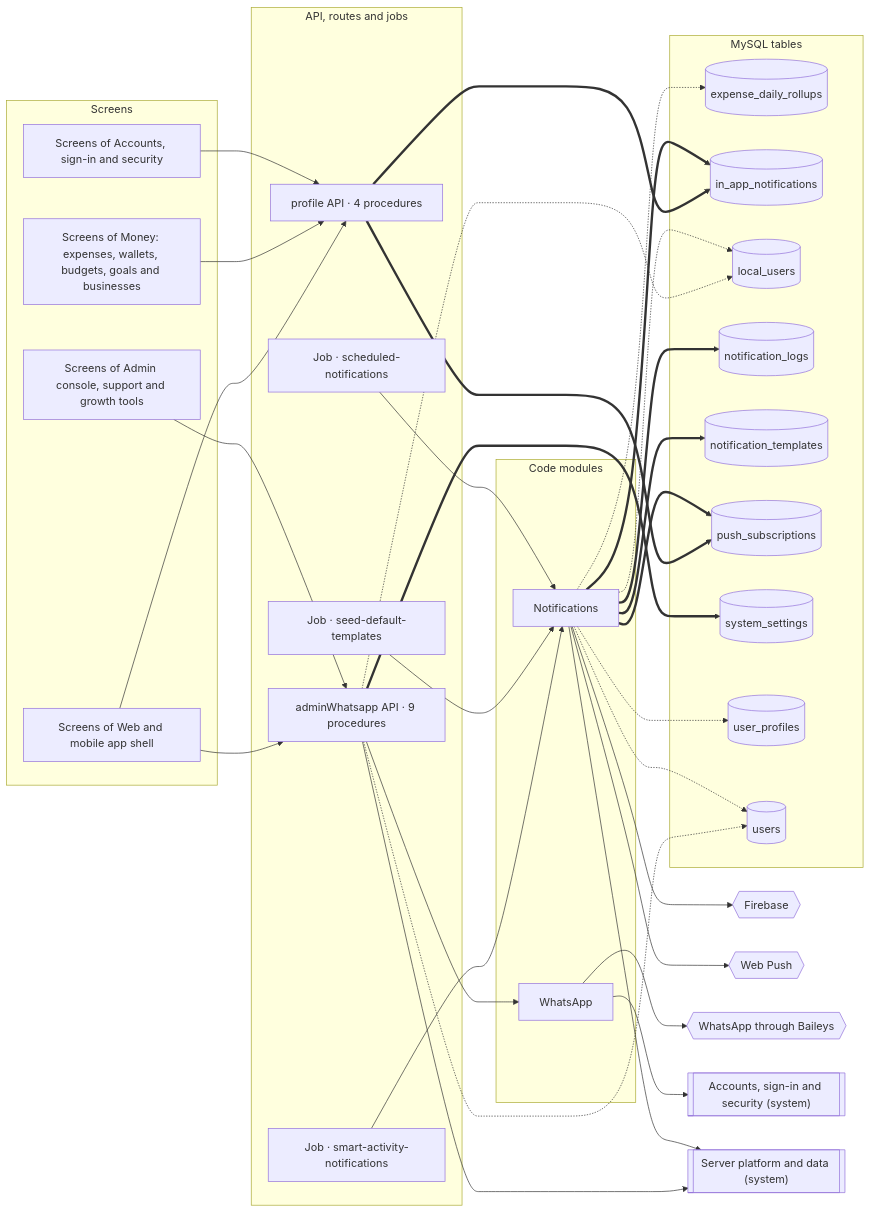
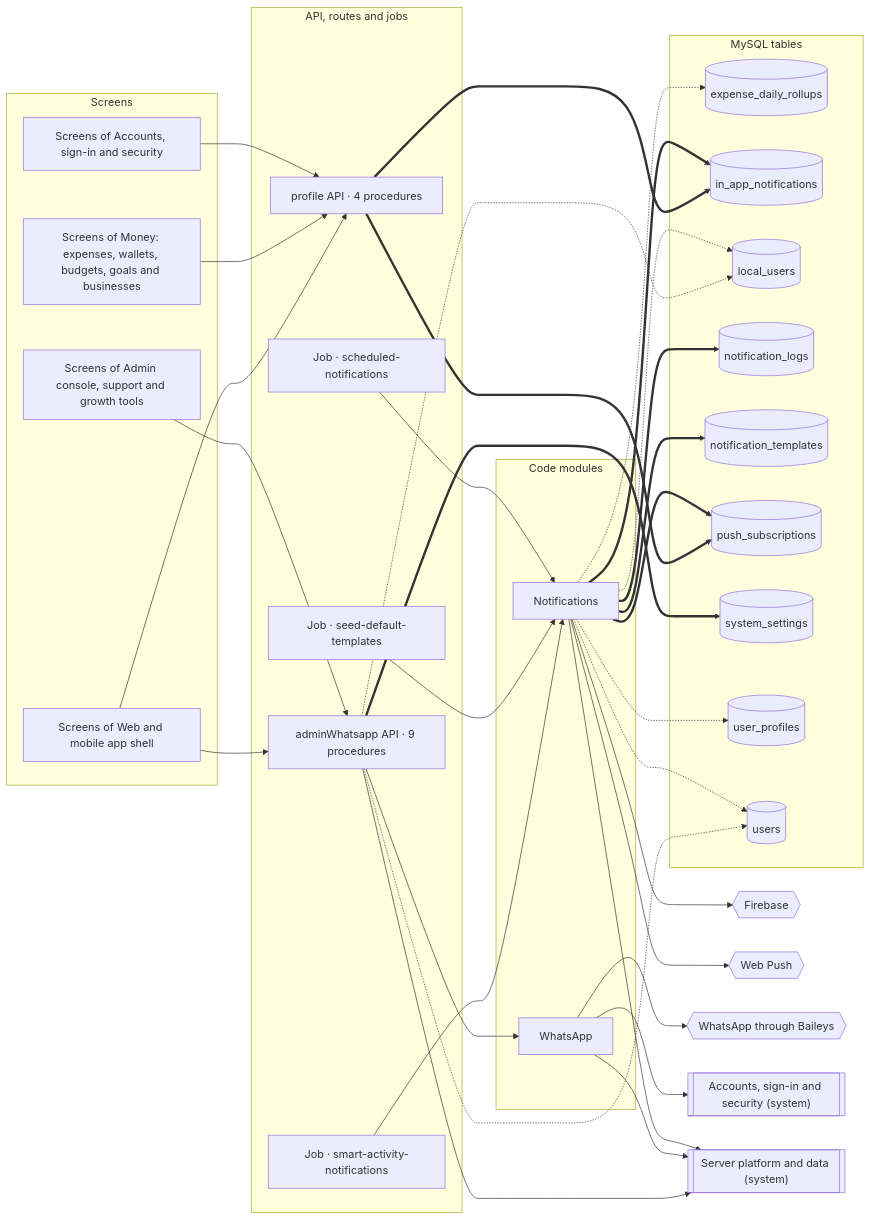
Before and after one commit to mahmoudtaherr111/smartspend_mini_all: the diagram in docs/atlas/systems/notifications.md, drawn with Mermaid. The commit also changed 48 other files, not shown here.

````diff
--- a/docs/atlas/systems/notifications.md
+++ b/docs/atlas/systems/notifications.md
@@ -13,64 +13,65 @@
 ```mermaid
 flowchart LR
   subgraph g_screens["Screens"]
     screens_accounts["Screens of Accounts, sign-in and security"]
     screens_admin["Screens of Admin console, support and growth tools"]
     screens_money["Screens of Money: expenses, wallets, budgets, goals and businesses"]
     screens_web_app["Screens of Web and mobile app shell"]
   end
   subgraph g_api["API, routes and jobs"]
     job_scheduled_notifications["Job · scheduled-notifications"]
     job_seed_default_templates["Job · seed-default-templates"]
     job_smart_activity_notifications["Job · smart-activity-notifications"]
     router_adminWhatsapp["adminWhatsapp API · 9 procedures"]
     router_profile["profile API · 4 procedures"]
   end
   subgraph g_modules["Code modules"]
     mod_notifications["Notifications"]
     mod_whatsapp["WhatsApp"]
   end
   subgraph g_tables["MySQL tables"]
     tbl_expense_daily_rollups[("expense_daily_rollups")]
     tbl_in_app_notifications[("in_app_notifications")]
     tbl_local_users[("local_users")]
     tbl_notification_logs[("notification_logs")]
     tbl_notification_templates[("notification_templates")]
     tbl_push_subscriptions[("push_subscriptions")]
     tbl_system_settings[("system_settings")]
     tbl_user_profiles[("user_profiles")]
     tbl_users[("users")]
   end
   ext_firebase{{"Firebase"}}
   ext_web_push{{"Web Push"}}
   ext_whatsapp{{"WhatsApp through Baileys"}}
   sys_accounts[["Accounts, sign-in and security (system)"]]
   sys_platform[["Server platform and data (system)"]]
   job_scheduled_notifications --> mod_notifications
   job_seed_default_templates --> mod_notifications
   job_smart_activity_notifications --> mod_notifications
   mod_notifications --> ext_firebase
   mod_notifications --> ext_web_push
   mod_notifications --> sys_platform
   mod_notifications -.-> tbl_expense_daily_rollups
   mod_notifications -.-> tbl_local_users
   mod_notifications -.-> tbl_user_profiles
   mod_notifications -.-> tbl_users
   mod_notifications ==> tbl_in_app_notifications
   mod_notifications ==> tbl_notification_logs
   mod_notifications ==> tbl_notification_templates
   mod_notifications ==> tbl_push_subscriptions
   mod_whatsapp --> ext_whatsapp
   mod_whatsapp --> sys_accounts
+  mod_whatsapp --> sys_platform
   router_adminWhatsapp --> mod_whatsapp
   router_adminWhatsapp --> sys_platform
   router_adminWhatsapp -.-> tbl_local_users
   router_adminWhatsapp -.-> tbl_users
   router_adminWhatsapp ==> tbl_system_settings
   router_profile ==> tbl_in_app_notifications
   router_profile ==> tbl_push_subscriptions
   screens_accounts --> router_profile
   screens_admin --> router_adminWhatsapp
   screens_money --> router_profile
   screens_web_app --> router_adminWhatsapp
   screens_web_app --> router_profile
 ```
````
